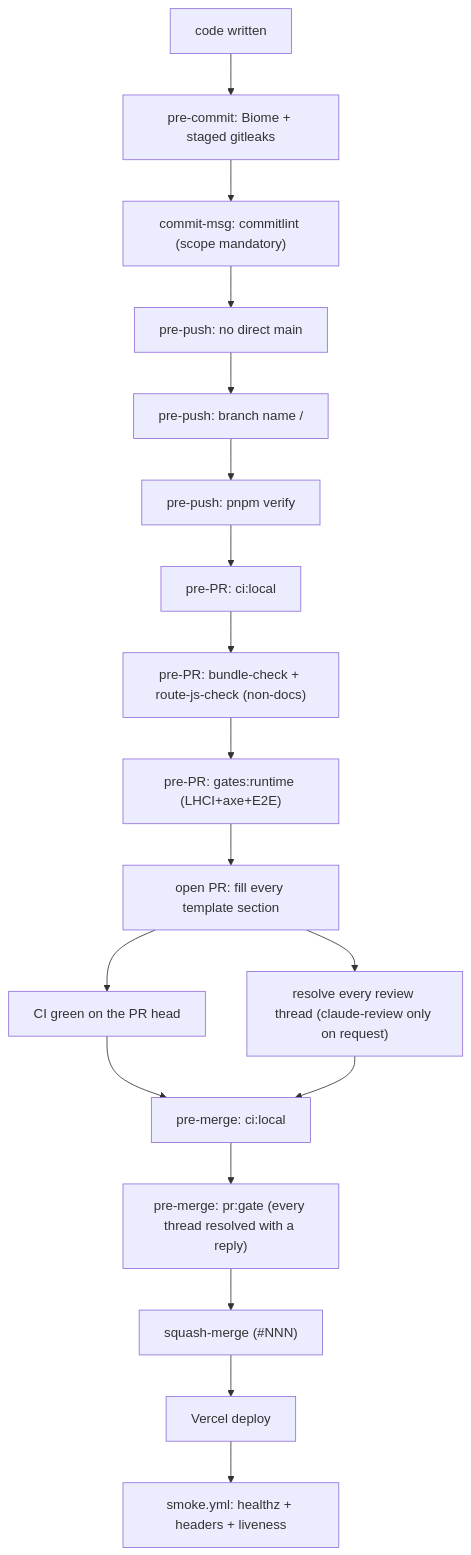
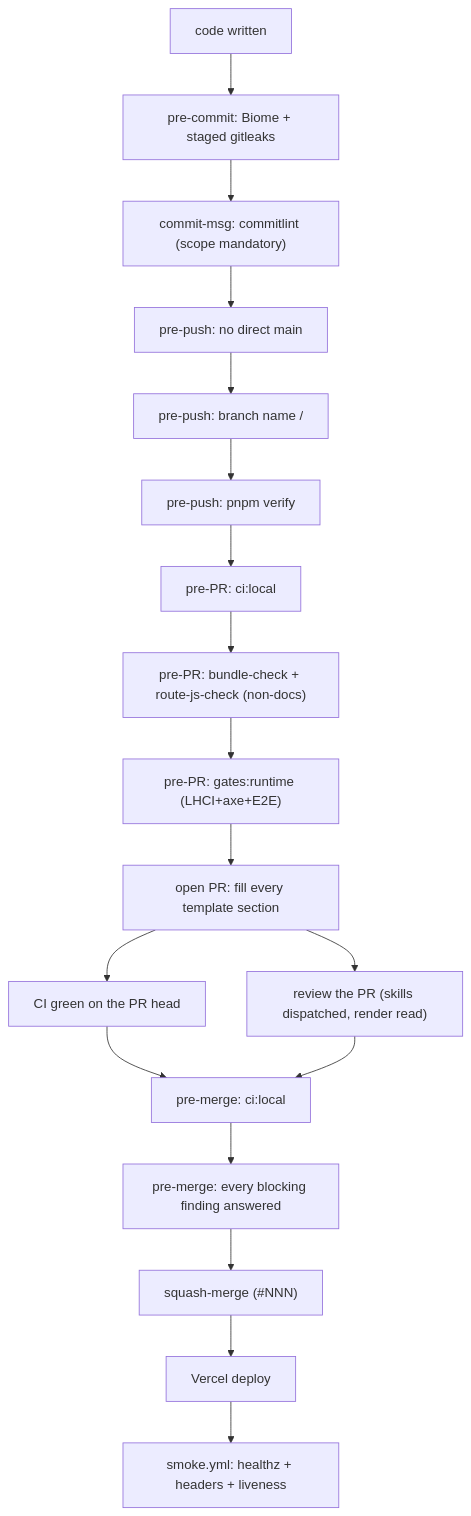
The first of 2 diagrams in docs/handbook/review-merge-release.md (erikunha/portfolio), drawn with Mermaid before and after one commit. The commit also changed other lines of this file and 28 other files, not shown here.

````diff
--- a/docs/handbook/review-merge-release.md
+++ b/docs/handbook/review-merge-release.md
@@ -7,20 +7,20 @@
 ```mermaid
 flowchart TD
     write["code written"] --> c1["pre-commit: Biome + staged gitleaks"]
     c1 --> c2["commit-msg: commitlint (scope mandatory)"]
     c2 --> p1["pre-push: no direct main"]
     p1 --> p2["pre-push: branch name <type>/<desc>"]
     p2 --> p5["pre-push: pnpm verify"]
     p5 --> r1["pre-PR: ci:local"]
     r1 --> r2["pre-PR: bundle-check + route-js-check (non-docs)"]
     r2 --> r4["pre-PR: gates:runtime (LHCI+axe+E2E)"]
     r4 --> o1["open PR: fill every template section"]
     o1 --> o1b["CI green on the PR head"]
-    o1 --> o2["resolve every review thread (claude-review only on request)"]
+    o1 --> o2["review the PR (skills dispatched, render read)"]
     o1b --> m1["pre-merge: ci:local"]
     o2 --> m1
-    m1 --> m4["pre-merge: pr:gate (every thread resolved with a reply)"]
+    m1 --> m4["pre-merge: every blocking finding answered"]
     m4 --> merge["squash-merge (#NNN)"]
     merge --> deploy["Vercel deploy"]
     deploy --> smoke["smoke.yml: healthz + headers + liveness"]
 ```
````
